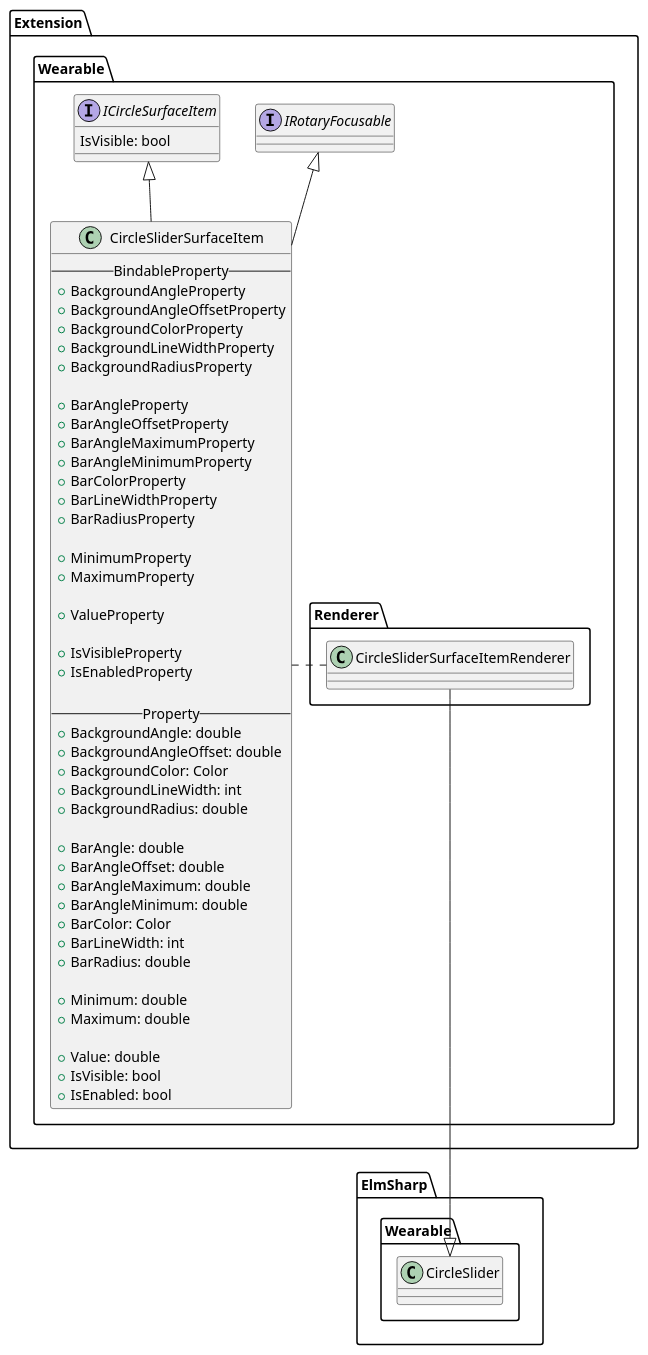
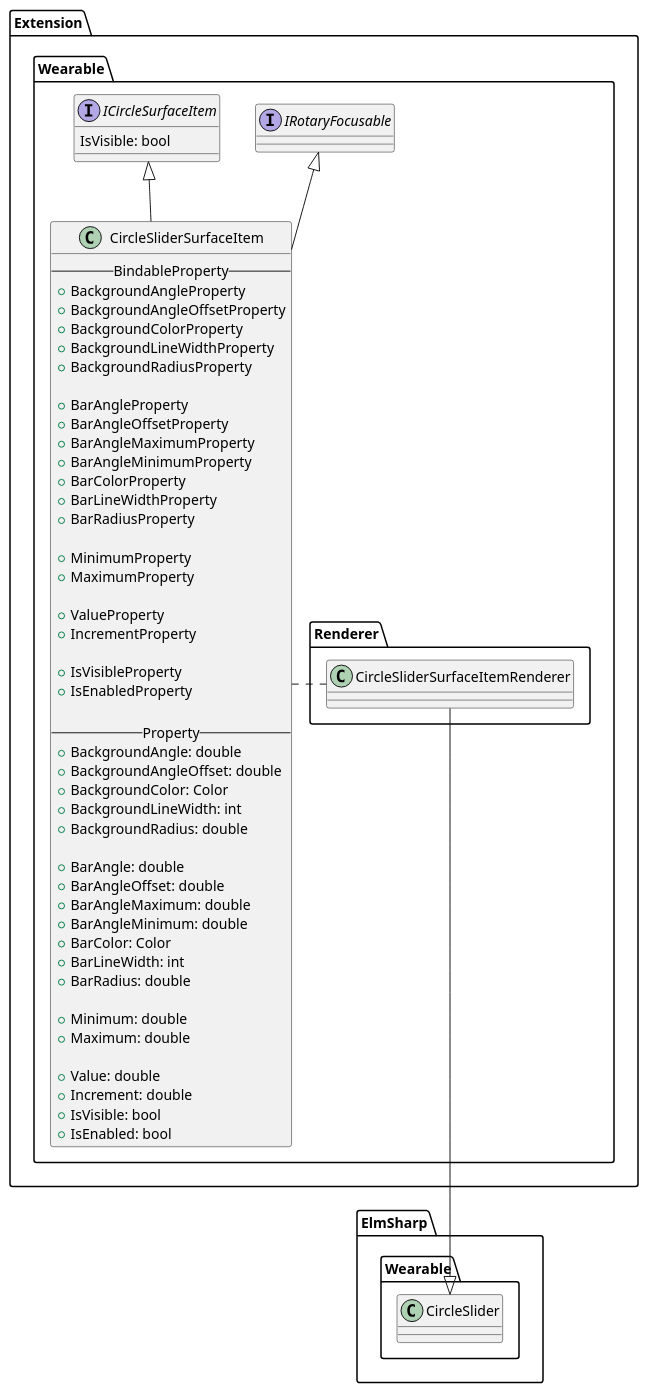
Before and after one commit to Samsung/Tizen.CircularUI: the tenth of 15 diagrams in doc/design/uml/CirclePage.wsd, drawn with PlantUML. The commit also changed 8 other files, not shown here.

```diff
--- a/doc/design/uml/CirclePage.wsd
+++ b/doc/design/uml/CirclePage.wsd
@@ -273,70 +273,72 @@
 @startuml CircleSliderSurfaceItem.png
 
 package "Extension.Wearable" {
     interface IRotaryFocusable
     interface ICircleSurfaceItem {
         IsVisible: bool
     }
     class CircleSliderSurfaceItem {
         --BindableProperty--
         +BackgroundAngleProperty
         +BackgroundAngleOffsetProperty
         +BackgroundColorProperty
         +BackgroundLineWidthProperty
         +BackgroundRadiusProperty
 
         +BarAngleProperty
         +BarAngleOffsetProperty
         +BarAngleMaximumProperty
         +BarAngleMinimumProperty
         +BarColorProperty
         +BarLineWidthProperty
         +BarRadiusProperty
 
         +MinimumProperty
         +MaximumProperty
 
         +ValueProperty
+        +IncrementProperty
 
         +IsVisibleProperty
         +IsEnabledProperty
 
         --Property--
         +BackgroundAngle: double
         +BackgroundAngleOffset: double
         +BackgroundColor: Color
         +BackgroundLineWidth: int
         +BackgroundRadius: double
 
         +BarAngle: double
         +BarAngleOffset: double
         +BarAngleMaximum: double
         +BarAngleMinimum: double
         +BarColor: Color
         +BarLineWidth: int
         +BarRadius: double
 
         +Minimum: double
         +Maximum: double
 
         +Value: double
+        +Increment: double
         +IsVisible: bool
         +IsEnabled: bool
     }
 
     CircleSliderSurfaceItem -u-|> ICircleSurfaceItem
     CircleSliderSurfaceItem -u-|> IRotaryFocusable
 }
 
 package "Extension.Wearable.Renderer" {
     class CircleSliderSurfaceItemRenderer
 
     CircleSliderSurfaceItemRenderer .l. CircleSliderSurfaceItem
 }
 
 package "ElmSharp.Wearable" {
     class CircleSlider
 
     CircleSlider <|-u- CircleSliderSurfaceItemRenderer
 }
 @enduml
```
